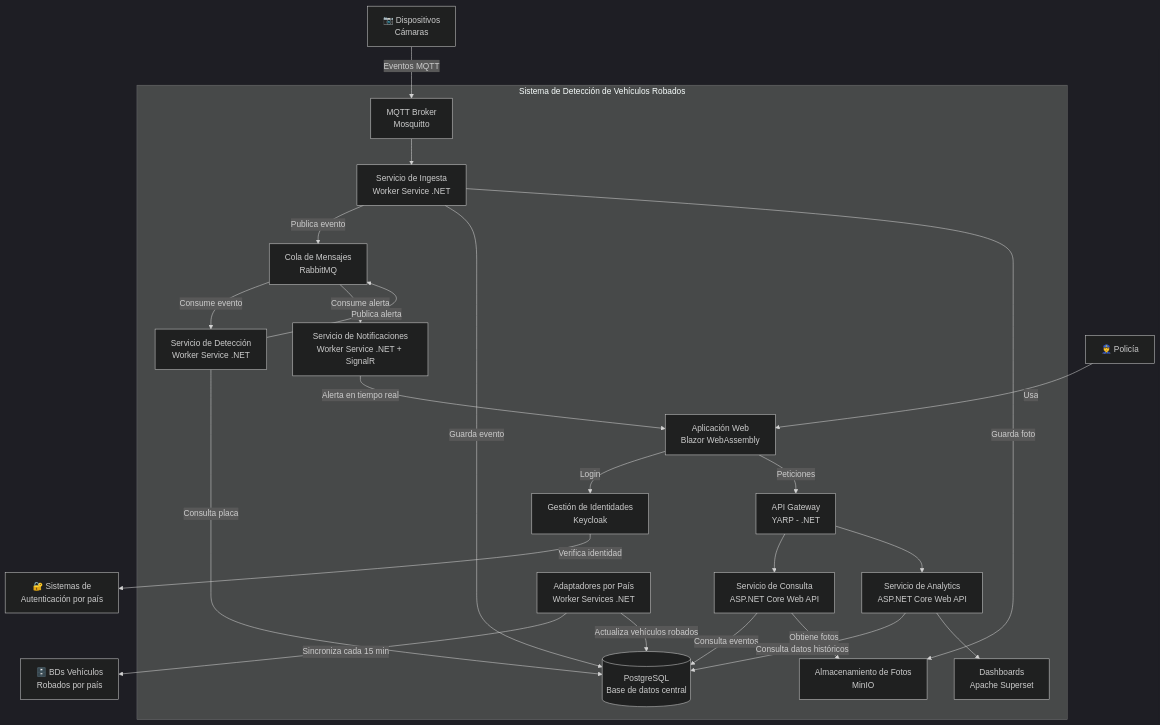
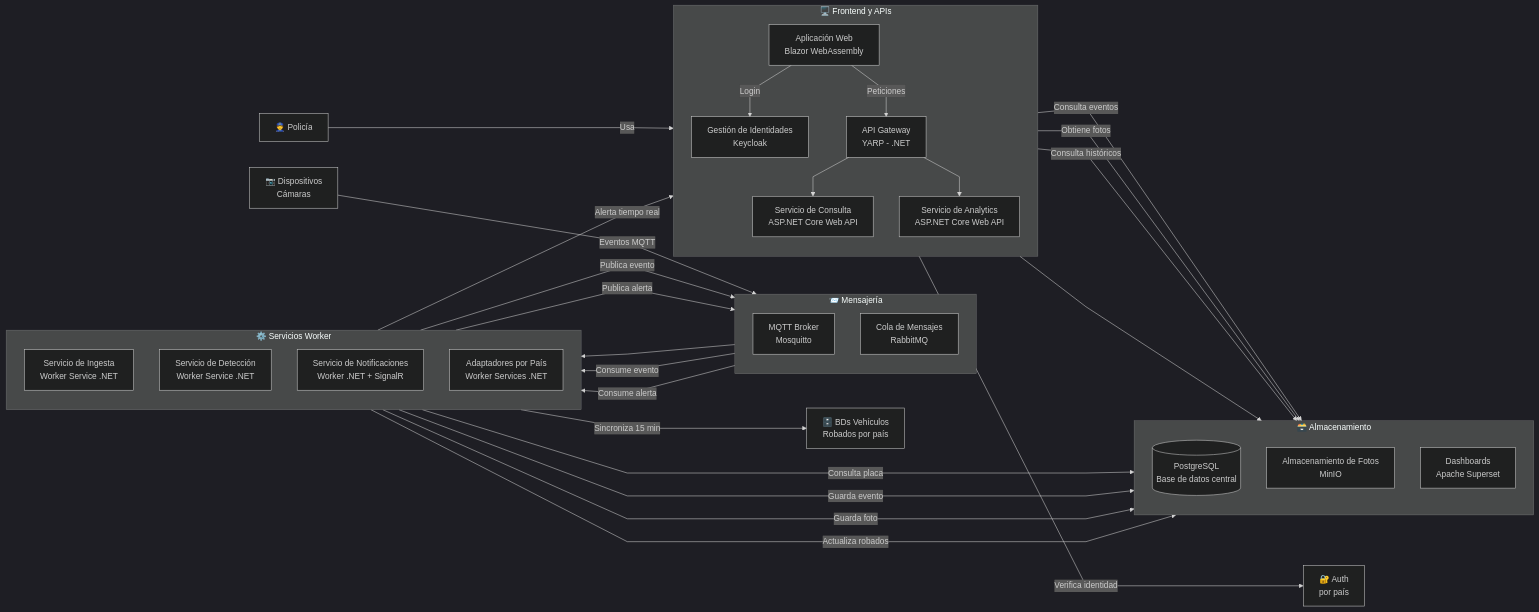
Before and after one commit to chetango/ChetangoStudentApi: the second of 8 diagrams in propuesta-arquitectura-ceiba.md, drawn with Mermaid (dark theme). The commit also changed other lines of this file and 1 other file, not shown here.

Commit message:
Mejorar diagramas C4 L2 e integracion: reorganizar con subgrafos LR y agregar presentacion HTML

````diff
--- a/propuesta-arquitectura-ceiba.md
+++ b/propuesta-arquitectura-ceiba.md
@@ -52,55 +52,62 @@
 ```mermaid
-flowchart TD
-    U1[👮 Policía]
-    E1[📷 Dispositivos\nCámaras]
-    E2[🗄️ BDs Vehículos\nRobados por país]
-    E3[🔐 Sistemas de\nAutenticación por país]
+%%{init: {'flowchart': {'curve': 'linear'}}}%%
+flowchart LR
+    E1["📷 Dispositivos\nCámaras"]
+    U1["👮 Policía"]
 
-    subgraph SISTEMA["Sistema de Detección de Vehículos Robados"]
-        FE[Aplicación Web\nBlazor WebAssembly]
-        GW[API Gateway\nYARP - .NET]
-        KEYCLOAK[Gestión de Identidades\nKeycloak]
-
-        MQTT[MQTT Broker\nMosquitto]
-        MQ[Cola de Mensajes\nRabbitMQ]
-
-        SVC_INGESTA[Servicio de Ingesta\nWorker Service .NET]
-        SVC_DETECCION[Servicio de Detección\nWorker Service .NET]
-        SVC_CONSULTA[Servicio de Consulta\nASP.NET Core Web API]
-        SVC_NOTIF[Servicio de Notificaciones\nWorker Service .NET + SignalR]
-        SVC_ANALYTICS[Servicio de Analytics\nASP.NET Core Web API]
-        ADAPTER[Adaptadores por País\nWorker Services .NET]
-
-        DB[(PostgreSQL\nBase de datos central)]
-        STORAGE[Almacenamiento de Fotos\nMinIO]
-        SUPERSET[Dashboards\nApache Superset]
+    subgraph MENSAJERIA["📨 Mensajería"]
+        direction TB
+        MQTT["MQTT Broker\nMosquitto"]
+        MQ["Cola de Mensajes\nRabbitMQ"]
     end
 
-    E1 -->|Eventos MQTT| MQTT
+    subgraph WORKERS["⚙️ Servicios Worker"]
+        direction TB
+        SVC_INGESTA["Servicio de Ingesta\nWorker Service .NET"]
+        SVC_DETECCION["Servicio de Detección\nWorker Service .NET"]
+        SVC_NOTIF["Servicio de Notificaciones\nWorker .NET + SignalR"]
+        ADAPTER["Adaptadores por País\nWorker Services .NET"]
+    end
+
+    subgraph APIS["🖥️ Frontend y APIs"]
+        direction TB
+        FE["Aplicación Web\nBlazor WebAssembly"]
+        GW["API Gateway\nYARP - .NET"]
+        KEYCLOAK["Gestión de Identidades\nKeycloak"]
+        SVC_CONSULTA["Servicio de Consulta\nASP.NET Core Web API"]
+        SVC_ANALYTICS["Servicio de Analytics\nASP.NET Core Web API"]
+    end
+
+    subgraph DATOS["🗃️ Almacenamiento"]
+        direction TB
+        DB[("PostgreSQL\nBase de datos central")]
+        STORAGE["Almacenamiento de Fotos\nMinIO"]
+        SUPERSET["Dashboards\nApache Superset"]
+    end
+
+    E2["🗄️ BDs Vehículos\nRobados por país"]
+    E3["🔐 Auth\npor país"]
+
+    E1 -->|"Eventos MQTT"| MQTT
     MQTT --> SVC_INGESTA
-    SVC_INGESTA -->|Publica evento| MQ
-    SVC_INGESTA -->|Guarda evento| DB
-    SVC_INGESTA -->|Guarda foto| STORAGE
-
-    MQ -->|Consume evento| SVC_DETECCION
-    SVC_DETECCION -->|Consulta placa| DB
-    SVC_DETECCION -->|Publica alerta| MQ
-
-    MQ -->|Consume alerta| SVC_NOTIF
-    SVC_NOTIF -->|Alerta en tiempo real| FE
-
-    ADAPTER -->|Sincroniza cada 15 min| E2
-    ADAPTER -->|Actualiza vehículos robados| DB
-
-    U1 -->|Usa| FE
-    FE -->|Login| KEYCLOAK
-    KEYCLOAK -->|Verifica identidad| E3
-    FE -->|Peticiones| GW
+    SVC_INGESTA -->|"Publica evento"| MQ
+    MQ -->|"Consume evento"| SVC_DETECCION
+    SVC_DETECCION -->|"Consulta placa"| DB
+    SVC_DETECCION -->|"Publica alerta"| MQ
+    MQ -->|"Consume alerta"| SVC_NOTIF
+    SVC_NOTIF -->|"Alerta tiempo real"| FE
+    SVC_INGESTA -->|"Guarda evento"| DB
+    SVC_INGESTA -->|"Guarda foto"| STORAGE
+    ADAPTER -->|"Actualiza robados"| DB
+    ADAPTER -->|"Sincroniza 15 min"| E2
+    U1 -->|"Usa"| FE
+    FE -->|"Login"| KEYCLOAK
+    KEYCLOAK -->|"Verifica identidad"| E3
+    FE -->|"Peticiones"| GW
     GW --> SVC_CONSULTA
     GW --> SVC_ANALYTICS
-
-    SVC_CONSULTA -->|Consulta eventos| DB
-    SVC_CONSULTA -->|Obtiene fotos| STORAGE
-    SVC_ANALYTICS -->|Consulta datos históricos| DB
+    SVC_CONSULTA -->|"Consulta eventos"| DB
+    SVC_CONSULTA -->|"Obtiene fotos"| STORAGE
+    SVC_ANALYTICS -->|"Consulta históricos"| DB
     SVC_ANALYTICS --> SUPERSET
 ```
````
